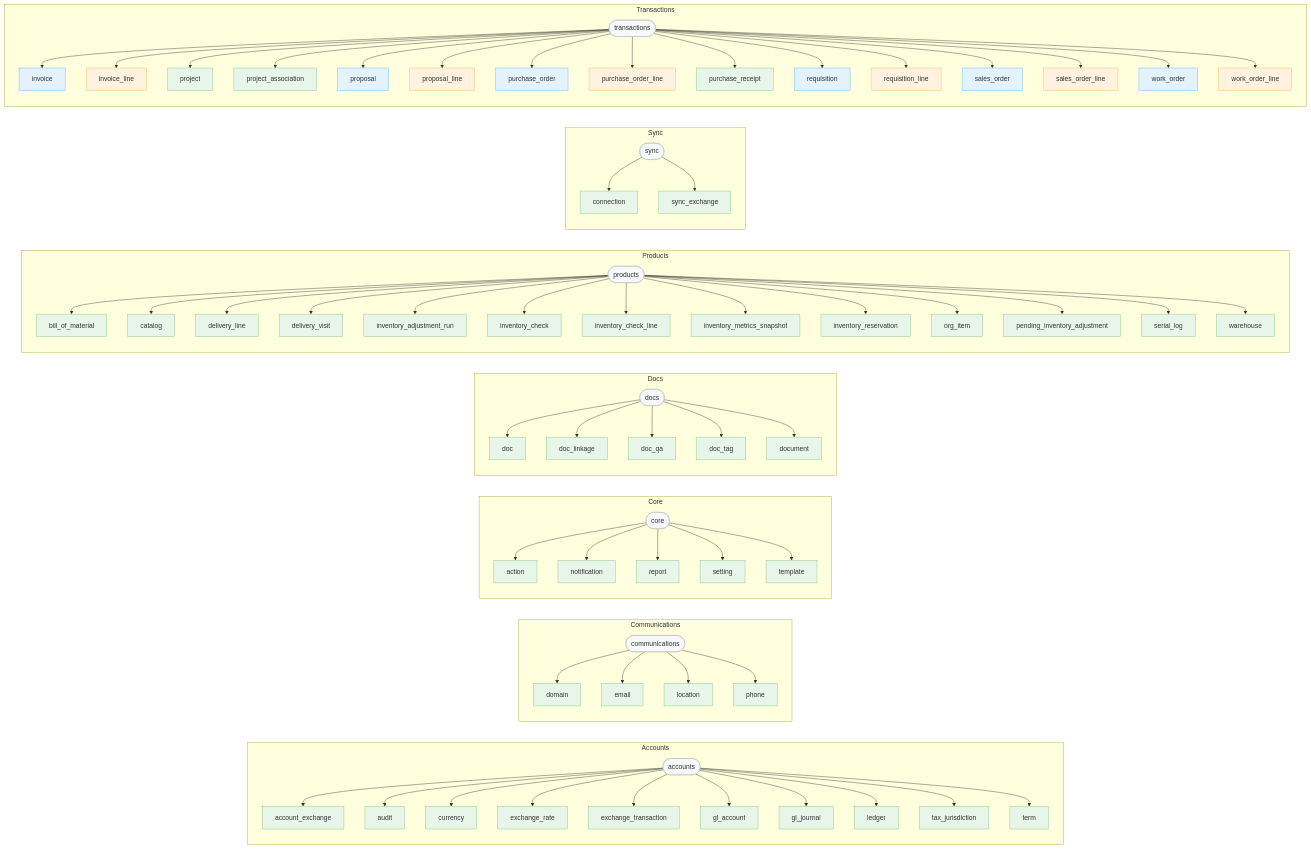
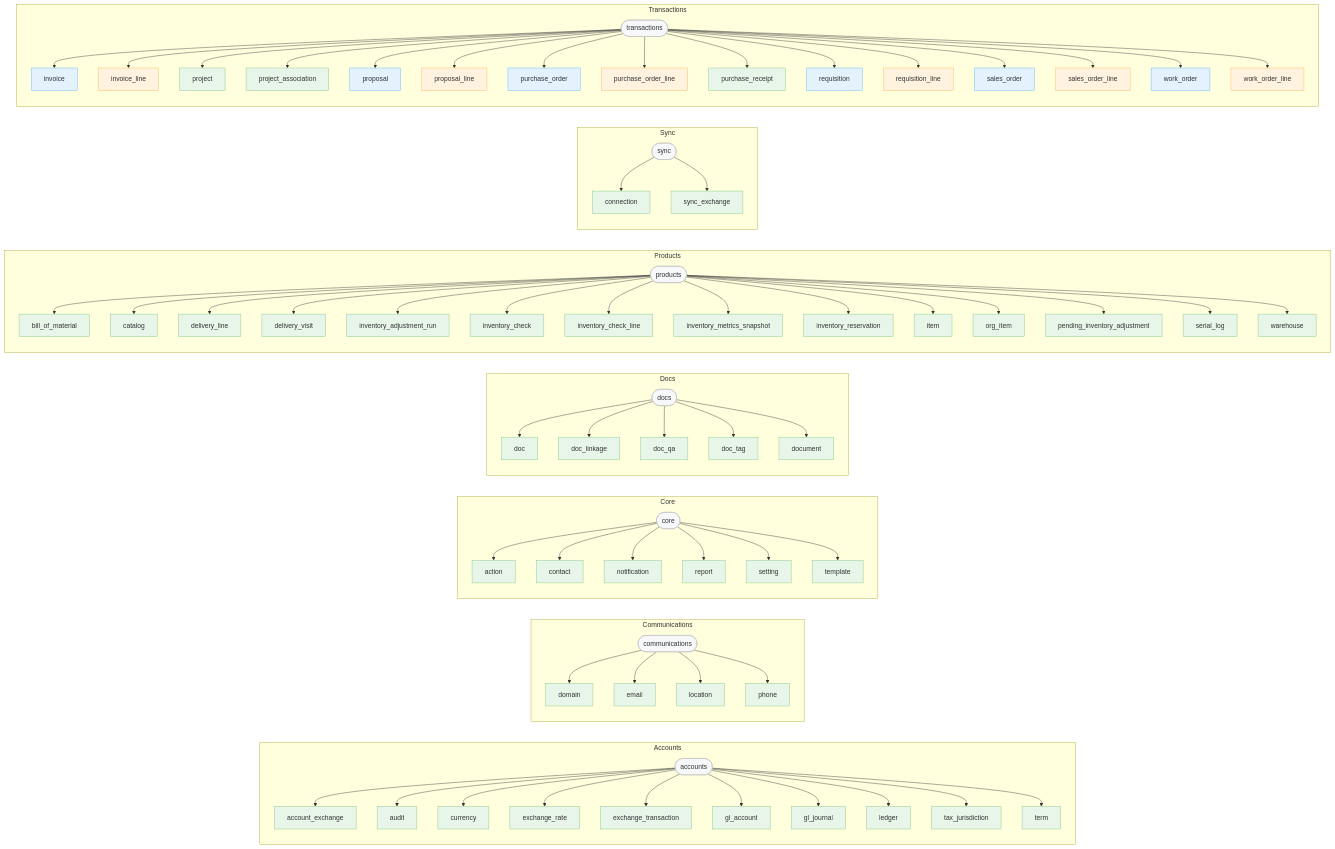
One commit to JPods/WebClerk changed the diagram in readmes/model-registry.md. Above: the diagram before and after it, drawn with Mermaid. The commit also changed other lines of this file and 9 other files, not shown here.

```diff
--- a/readmes/model-registry.md
+++ b/readmes/model-registry.md
@@ -209,6 +220,9 @@
     action["action"]
     app_core --> action
     class action support
+    contact["contact"]
+    app_core --> contact
+    class contact support
     notification["notification"]
     app_core --> notification
     class notification support
@@ -273,6 +287,9 @@
     inventory_reservation["inventory_reservation"]
     app_products --> inventory_reservation
     class inventory_reservation support
+    item["item"]
+    app_products --> item
+    class item support
     org_item["org_item"]
     app_products --> org_item
     class org_item support
```
